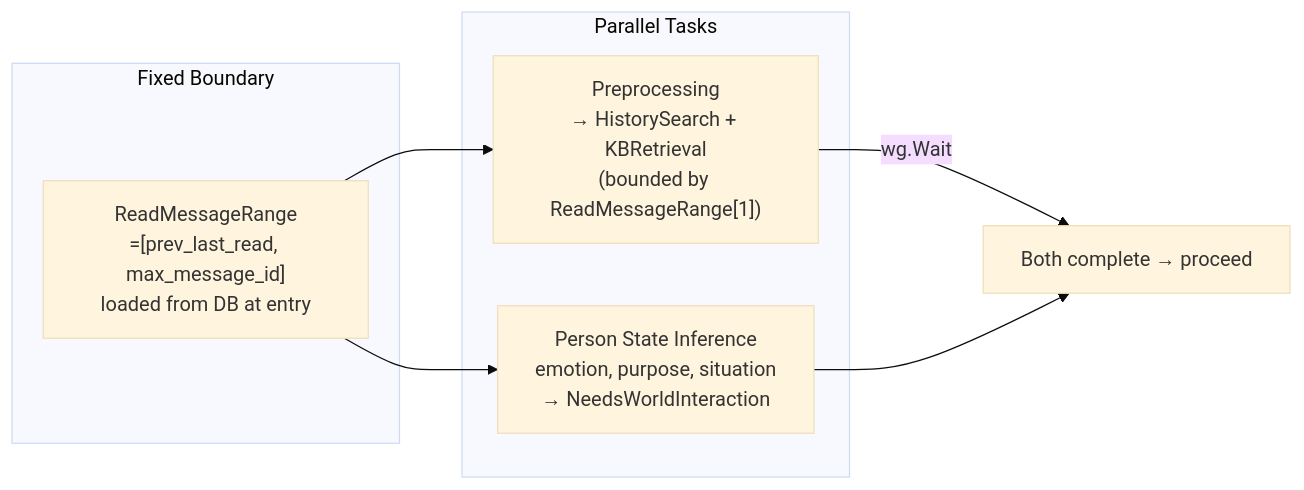
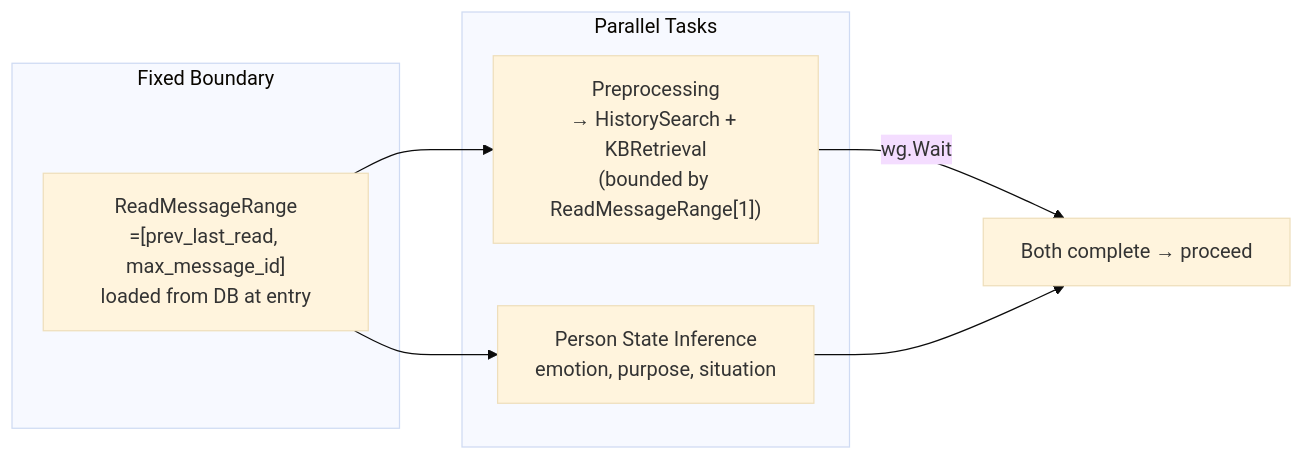
One commit to KoanJan/qingqiu-world changed the sixth of 14 diagrams in doc/engineering_implements/agent-runtime-event-loop.md. Above: the diagram before and after it, drawn with Mermaid (base theme). The commit also changed other lines of this file and 36 other files, not shown here.

````diff
--- a/doc/engineering_implements/agent-runtime-event-loop.md
+++ b/doc/engineering_implements/agent-runtime-event-loop.md
@@ -301,14 +301,14 @@
 ```mermaid
 flowchart LR
     subgraph "Fixed Boundary"
         Range["ReadMessageRange<br/>=[prev_last_read, max_message_id]<br/>loaded from DB at entry"]
     end
     subgraph "Parallel Tasks"
         A["Preprocessing<br/>→ HistorySearch + KBRetrieval<br/>(bounded by ReadMessageRange[1])"]
-        B["Person State Inference<br/>emotion, purpose, situation<br/>→ NeedsWorldInteraction"]
+        B["Person State Inference<br/>emotion, purpose, situation"]
     end
     Range --> A
     Range --> B
     A -->|wg.Wait| Join["Both complete → proceed"]
     B --> Join
 ```
````
